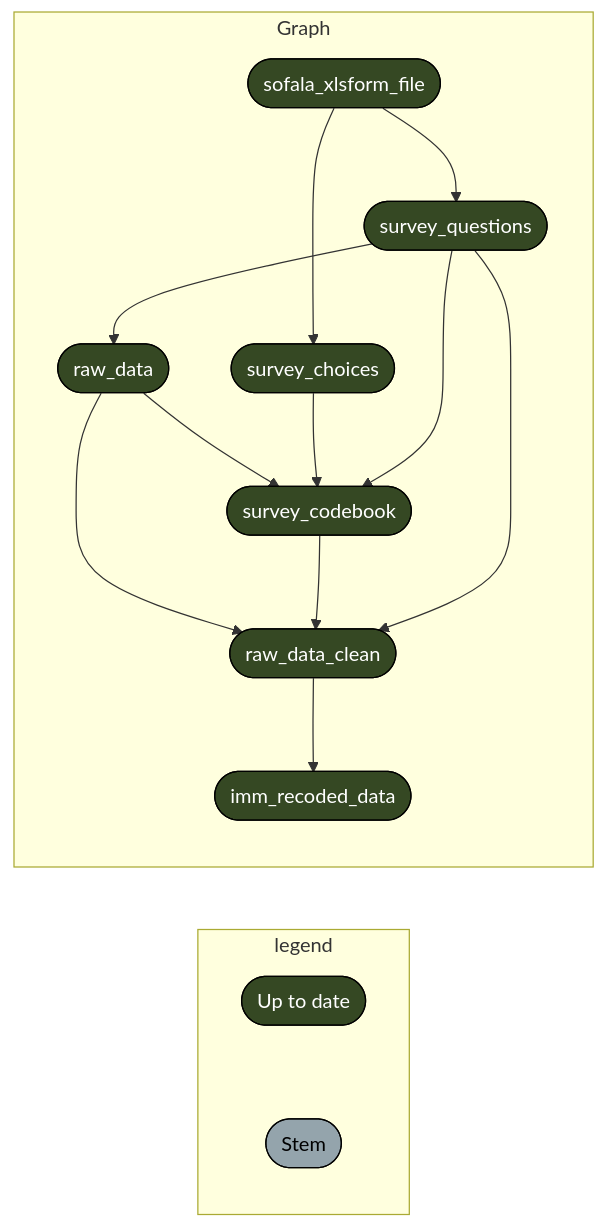
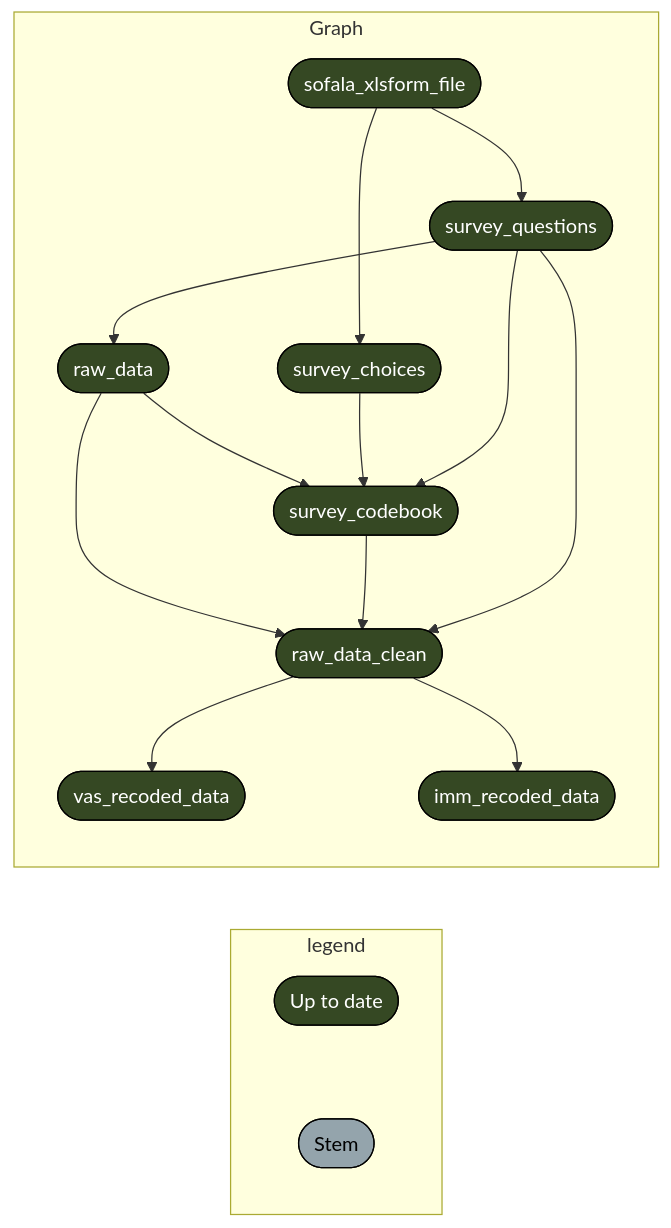
Before and after one commit to katilingban/mozambique-s3m: the fifth of 5 diagrams in README.md, drawn with Mermaid. The commit also changed other lines of this file and 4 other files, not shown here.

````diff
--- a/README.md
+++ b/README.md
@@ -154,21 +157,22 @@
 ``` mermaid
 graph LR
   subgraph legend
     x7420bd9270f8d27d([""Up to date""]):::uptodate --- xbf4603d6c2c2ad6b([""Stem""]):::none
   end
   subgraph Graph
+    x136e4e85e6851637(["raw_data"]):::uptodate --> xfcfc1959dbba8ed3(["survey_codebook"]):::uptodate
+    x5aed27afbde18e19(["survey_choices"]):::uptodate --> xfcfc1959dbba8ed3(["survey_codebook"]):::uptodate
+    x0c65864d89dfd824(["survey_questions"]):::uptodate --> xfcfc1959dbba8ed3(["survey_codebook"]):::uptodate
     x0c65864d89dfd824(["survey_questions"]):::uptodate --> x136e4e85e6851637(["raw_data"]):::uptodate
+    x09e58614f2343db8(["raw_data_clean"]):::uptodate --> x1dccf1efe1fe8a59(["vas_recoded_data"]):::uptodate
     x136e4e85e6851637(["raw_data"]):::uptodate --> x09e58614f2343db8(["raw_data_clean"]):::uptodate
     xfcfc1959dbba8ed3(["survey_codebook"]):::uptodate --> x09e58614f2343db8(["raw_data_clean"]):::uptodate
     x0c65864d89dfd824(["survey_questions"]):::uptodate --> x09e58614f2343db8(["raw_data_clean"]):::uptodate
     x52eeb21c389d52d8(["sofala_xlsform_file"]):::uptodate --> x0c65864d89dfd824(["survey_questions"]):::uptodate
     x09e58614f2343db8(["raw_data_clean"]):::uptodate --> x4886c91a92173c33(["imm_recoded_data"]):::uptodate
-    x136e4e85e6851637(["raw_data"]):::uptodate --> xfcfc1959dbba8ed3(["survey_codebook"]):::uptodate
-    x5aed27afbde18e19(["survey_choices"]):::uptodate --> xfcfc1959dbba8ed3(["survey_codebook"]):::uptodate
-    x0c65864d89dfd824(["survey_questions"]):::uptodate --> xfcfc1959dbba8ed3(["survey_codebook"]):::uptodate
     x52eeb21c389d52d8(["sofala_xlsform_file"]):::uptodate --> x5aed27afbde18e19(["survey_choices"]):::uptodate
   end
   classDef uptodate stroke:#000000,color:#ffffff,fill:#354823;
   classDef none stroke:#000000,color:#000000,fill:#94a4ac;
   linkStyle 0 stroke-width:0px;
 ```
````
